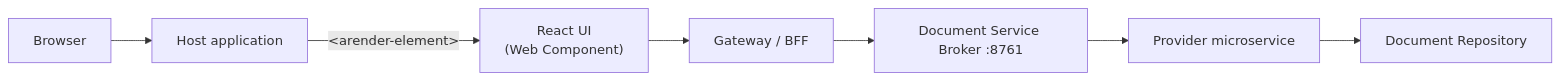
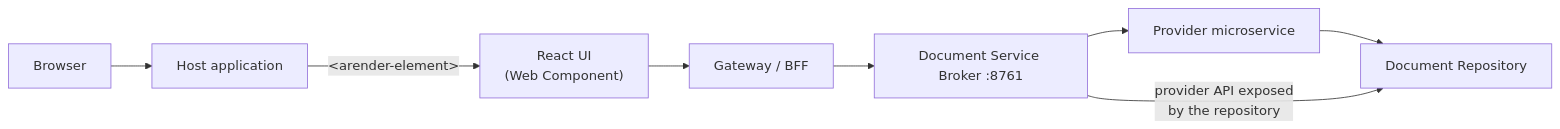
The diagram in docs/arender/overview/horizon.md (Uxopian/uxodocs), drawn with Mermaid before and after one commit. The commit also changed other lines of this file and 5 other files, not shown here.

````diff
--- a/docs/arender/overview/horizon.md
+++ b/docs/arender/overview/horizon.md
@@ -40,9 +36,10 @@
 ```mermaid
 graph LR
     Browser --> HostApp["Host application"]
     HostApp -->|"&lt;arender-element&gt;"| ReactUI["React UI<br/>(Web Component)"]
     ReactUI --> GW["Gateway / BFF"]
     GW --> Broker["Document Service Broker :8761"]
     Broker --> Provider["Provider microservice"]
     Provider --> Repo["Document Repository"]
+    Broker -->|"provider API exposed<br/>by the repository"| Repo
 ```
````
